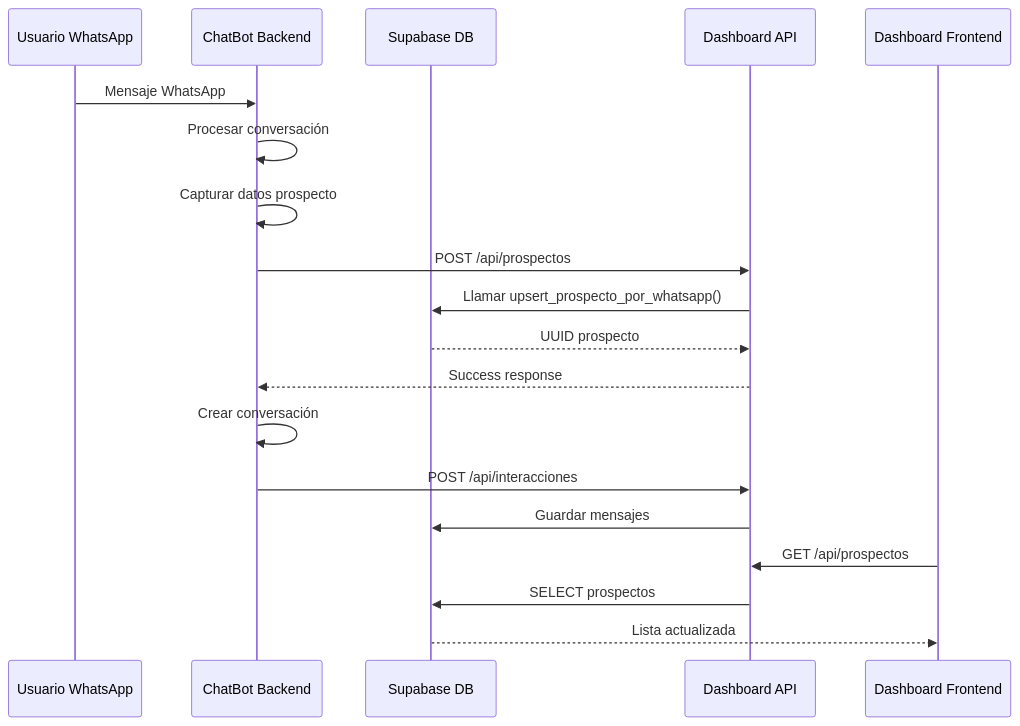
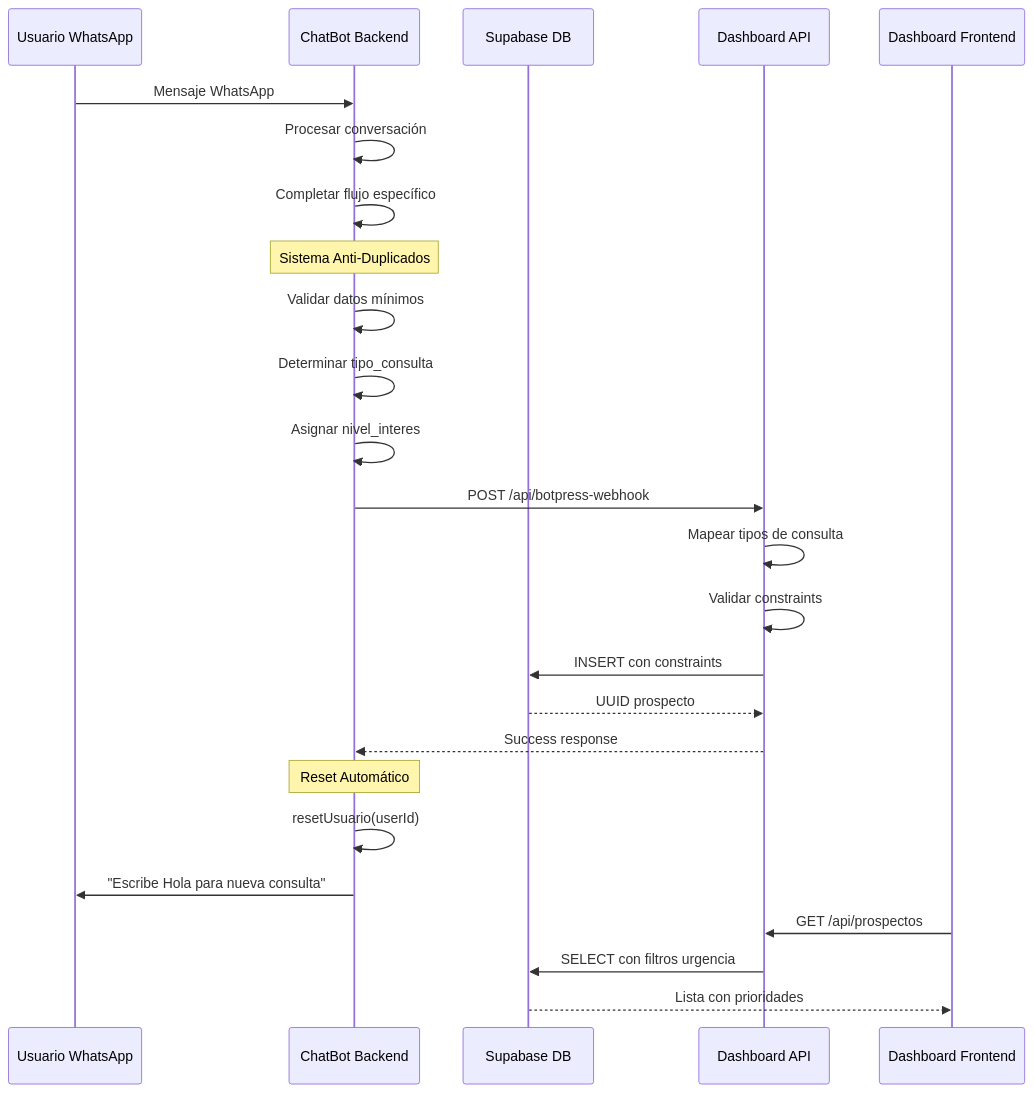
The third of 4 diagrams in arquitectura.md (direccionTIUniacc/chat-bot), drawn with Mermaid before and after one commit. The commit also changed other lines of this file and 9 other files, not shown here.

````diff
--- a/arquitectura.md
+++ b/arquitectura.md
@@ -286,22 +415,32 @@
 ```mermaid
 sequenceDiagram
     participant U as Usuario WhatsApp
     participant CB as ChatBot Backend
     participant SB as Supabase DB
     participant DAS as Dashboard API
     participant DF as Dashboard Frontend
 
     U->>CB: Mensaje WhatsApp
     CB->>CB: Procesar conversación
-    CB->>CB: Capturar datos prospecto
-    CB->>DAS: POST /api/prospectos
-    DAS->>SB: Llamar upsert_prospecto_por_whatsapp()
+    CB->>CB: Completar flujo específico
+    
+    Note over CB: Sistema Anti-Duplicados
+    CB->>CB: Validar datos mínimos
+    CB->>CB: Determinar tipo_consulta
+    CB->>CB: Asignar nivel_interes
+    
+    CB->>DAS: POST /api/botpress-webhook
+    DAS->>DAS: Mapear tipos de consulta
+    DAS->>DAS: Validar constraints
+    DAS->>SB: INSERT con constraints
     SB-->>DAS: UUID prospecto
     DAS-->>CB: Success response
-    CB->>CB: Crear conversación
-    CB->>DAS: POST /api/interacciones
-    DAS->>SB: Guardar mensajes
+    
+    Note over CB: Reset Automático
+    CB->>CB: resetUsuario(userId)
+    CB->>U: "Escribe Hola para nueva consulta"
+    
     DF->>DAS: GET /api/prospectos
-    DAS->>SB: SELECT prospectos
-    SB-->>DF: Lista actualizada
+    DAS->>SB: SELECT con filtros urgencia
+    SB-->>DF: Lista con prioridades
 ```
````
